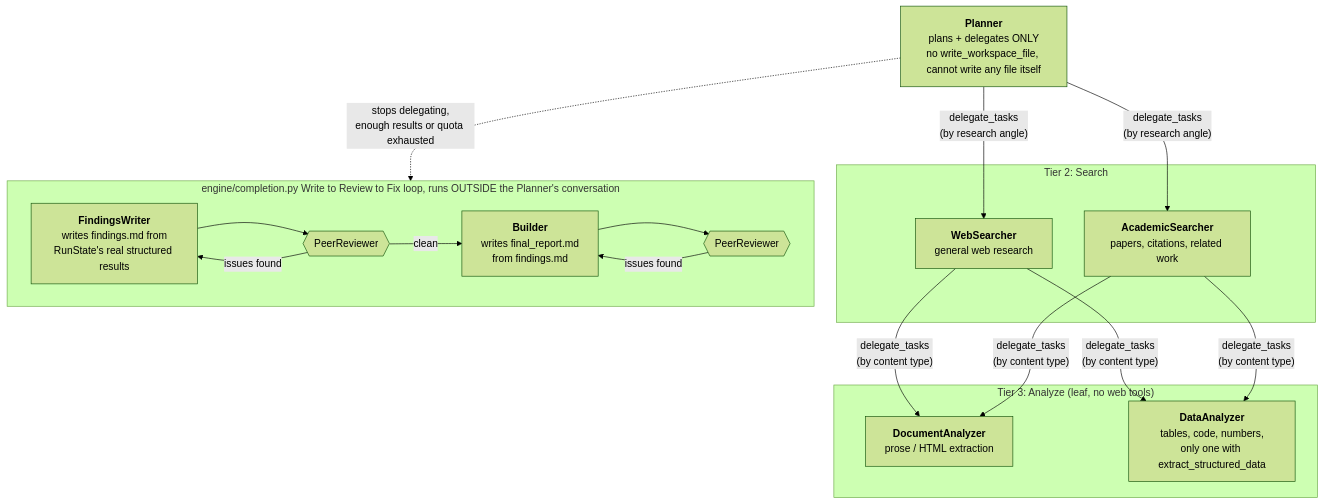
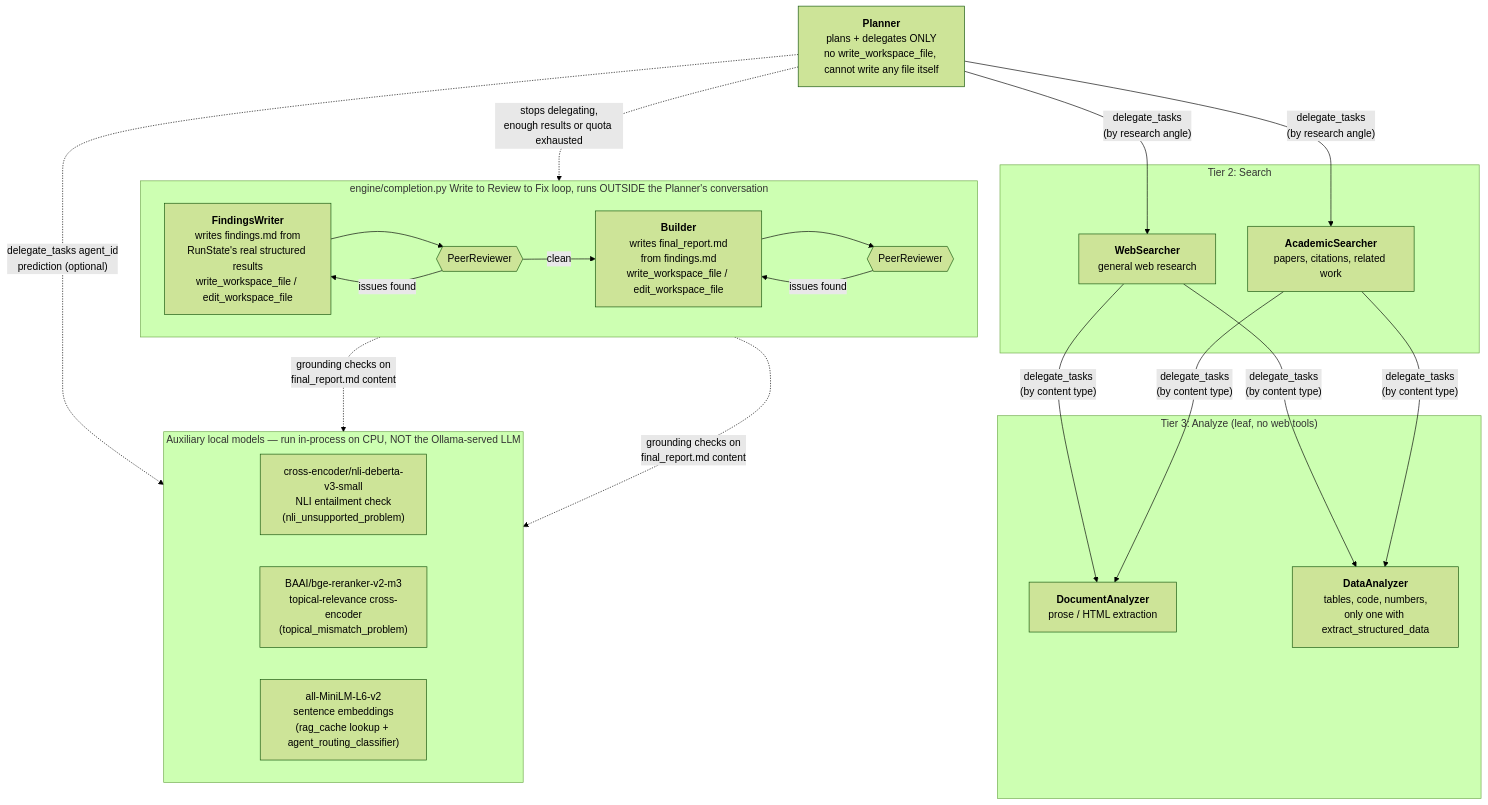
One commit to g0elles/deepdelve changed the diagram in README.md. Above: the diagram before and after it, drawn with Mermaid (forest theme). The commit also changed other lines of this file and 12 other files, not shown here.

First line of the commit message:
Ornith-1.0-9B bake-off: two architecture bugs fixed, edit tool added, pluggable Ollama-native backend

````diff
--- a/README.md
+++ b/README.md
@@ -9,32 +9,43 @@
 ```mermaid
 flowchart TD
     Planner["<b>Planner</b><br/>plans + delegates ONLY<br/>no write_workspace_file, cannot write any file itself"]
 
     subgraph Tier2 ["Tier 2: Search"]
         WebSearcher["<b>WebSearcher</b><br/>general web research"]
         AcademicSearcher["<b>AcademicSearcher</b><br/>papers, citations, related work"]
     end
 
     subgraph Tier3 ["Tier 3: Analyze (leaf, no web tools)"]
         DocumentAnalyzer["<b>DocumentAnalyzer</b><br/>prose / HTML extraction"]
         DataAnalyzer["<b>DataAnalyzer</b><br/>tables, code, numbers,<br/>only one with extract_structured_data"]
     end
 
     Planner -- "delegate_tasks<br/>(by research angle)" --> WebSearcher
     Planner -- "delegate_tasks<br/>(by research angle)" --> AcademicSearcher
     WebSearcher -- "delegate_tasks<br/>(by content type)" --> DocumentAnalyzer
     WebSearcher -- "delegate_tasks<br/>(by content type)" --> DataAnalyzer
     AcademicSearcher -- "delegate_tasks<br/>(by content type)" --> DocumentAnalyzer
     AcademicSearcher -- "delegate_tasks<br/>(by content type)" --> DataAnalyzer
 
     Planner -. "stops delegating,<br/>enough results or quota exhausted" .-> FW
 
     subgraph WRF ["engine/completion.py Write to Review to Fix loop, runs OUTSIDE the Planner's conversation"]
         direction LR
-        FW["<b>FindingsWriter</b><br/>writes findings.md from<br/>RunState's real structured results"] --> PR1{{PeerReviewer}}
+        FW["<b>FindingsWriter</b><br/>writes findings.md from<br/>RunState's real structured results<br/>write_workspace_file / edit_workspace_file"] --> PR1{{PeerReviewer}}
         PR1 -- issues found --> FW
-        PR1 -- clean --> BU["<b>Builder</b><br/>writes final_report.md<br/>from findings.md"]
+        PR1 -- clean --> BU["<b>Builder</b><br/>writes final_report.md<br/>from findings.md<br/>write_workspace_file / edit_workspace_file"]
         BU --> PR2{{PeerReviewer}}
         PR2 -- issues found --> BU
     end
+
+    subgraph AUX ["Auxiliary local models — run in-process on CPU, NOT the Ollama-served LLM"]
+        direction LR
+        NLI["cross-encoder/nli-deberta-v3-small<br/>NLI entailment check<br/>(nli_unsupported_problem)"]
+        RERANK["BAAI/bge-reranker-v2-m3<br/>topical-relevance cross-encoder<br/>(topical_mismatch_problem)"]
+        EMBED["all-MiniLM-L6-v2<br/>sentence embeddings<br/>(rag_cache lookup + agent_routing_classifier)"]
+    end
+
+    WRF -. "grounding checks on<br/>final_report.md content" .-> NLI
+    WRF -. "grounding checks on<br/>final_report.md content" .-> RERANK
+    Planner -. "delegate_tasks agent_id<br/>prediction (optional)" .-> EMBED
 ```
````
